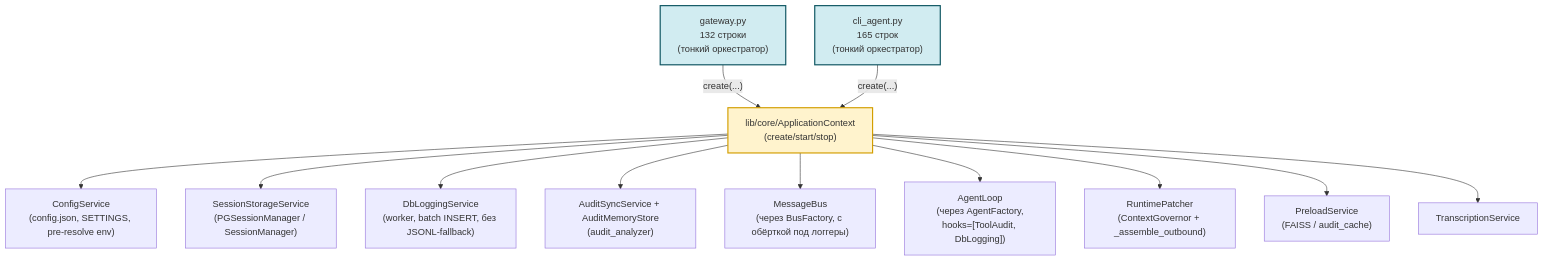
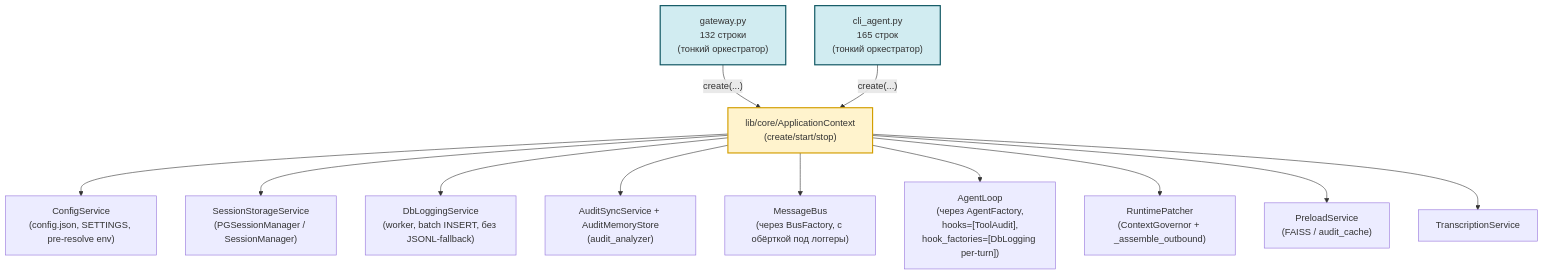
The second of 2 diagrams in DEVELOPMENT.md (AlexEgorov85/workspaces_nanobot), drawn with Mermaid before and after one commit. The commit also changed other lines of this file and 8 other files, not shown here.

First line of the commit message:
fix(hooks): per-turn DatabaseLoggingHook (factory) for concurrent session isolation

````diff
--- a/DEVELOPMENT.md
+++ b/DEVELOPMENT.md
@@ -112,24 +112,24 @@
 ```mermaid
 flowchart TB
     GW["gateway.py<br/>132 строки<br/>(тонкий оркестратор)"]
     CLI["cli_agent.py<br/>165 строк<br/>(тонкий оркестратор)"]
     CTX["lib/core/ApplicationContext<br/>(create/start/stop)"]
 
     GW -->|"create(...)"| CTX
     CLI -->|"create(...)"| CTX
 
     CTX --> CFG_SVC["ConfigService<br/>(config.json, SETTINGS, pre-resolve env)"]
     CTX --> SESS["SessionStorageService<br/>(PGSessionManager / SessionManager)"]
     CTX --> DB_LOG["DbLoggingService<br/>(worker, batch INSERT, без JSONL-fallback)"]
     CTX --> AUDIT["AuditSyncService + AuditMemoryStore<br/>(audit_analyzer)"]
     CTX --> BUS["MessageBus<br/>(через BusFactory, с обёрткой под логгеры)"]
-    CTX --> AGENT["AgentLoop<br/>(через AgentFactory,<br/>hooks=[ToolAudit, DbLogging])"]
+    CTX --> AGENT["AgentLoop<br/>(через AgentFactory,<br/>hooks=[ToolAudit],<br/>hook_factories=[DbLogging per-turn])"]
     CTX --> PATCHER["RuntimePatcher<br/>(ContextGovernor + _assemble_outbound)"]
     CTX --> PRELOAD["PreloadService<br/>(FAISS / audit_cache)"]
     CTX --> TRANS["TranscriptionService"]
 
     classDef bootstrap fill:#fff3cd,stroke:#d39e00,stroke-width:2px
     classDef entry fill:#d1ecf1,stroke:#0c5460,stroke-width:2px
     class CTX bootstrap
     class GW,CLI entry
 ```
````
